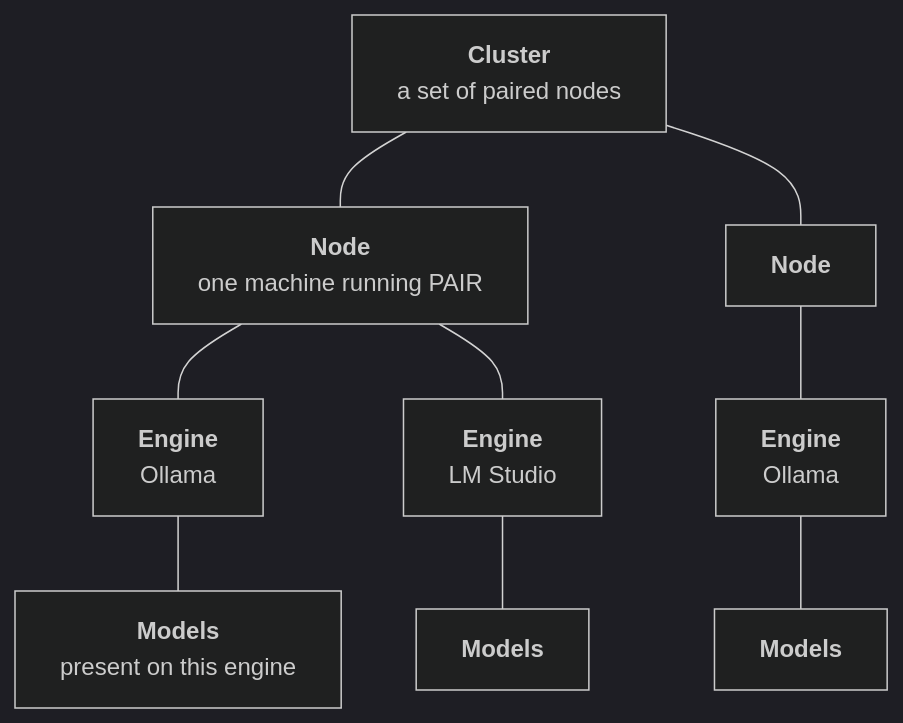
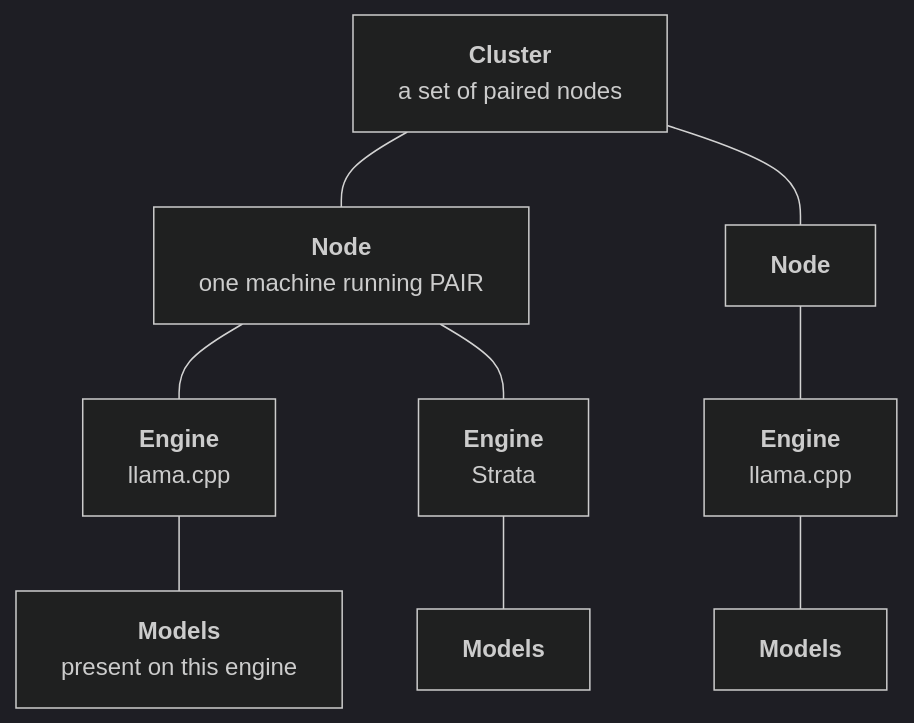
The first of 5 diagrams in docs/architecture.mdx (corbinjurgens/Personal-AI-Router), drawn with Mermaid (dark theme) before and after one commit. The commit also changed other lines of this file and 29 other files, not shown here.

First line of the commit message:
Describe llama.cpp and descriptor engines in the repository docs

````diff
--- a/docs/architecture.mdx
+++ b/docs/architecture.mdx
@@ -41,21 +41,21 @@
 ```mermaid
 flowchart TB
     Cluster["<b>Cluster</b><br/>a set of paired nodes"]
     NodeA["<b>Node</b><br/>one machine running PAIR"]
     NodeB["<b>Node</b>"]
-    EngineA1["<b>Engine</b><br/>Ollama"]
-    EngineA2["<b>Engine</b><br/>LM Studio"]
-    EngineB1["<b>Engine</b><br/>Ollama"]
+    EngineA1["<b>Engine</b><br/>llama.cpp"]
+    EngineA2["<b>Engine</b><br/>Strata"]
+    EngineB1["<b>Engine</b><br/>llama.cpp"]
     ModelA1["<b>Models</b><br/>present on this engine"]
     ModelA2["<b>Models</b>"]
     ModelB1["<b>Models</b>"]
 
     Cluster --- NodeA
     Cluster --- NodeB
     NodeA --- EngineA1
     NodeA --- EngineA2
     NodeB --- EngineB1
     EngineA1 --- ModelA1
     EngineA2 --- ModelA2
     EngineB1 --- ModelB1
 ```
````
